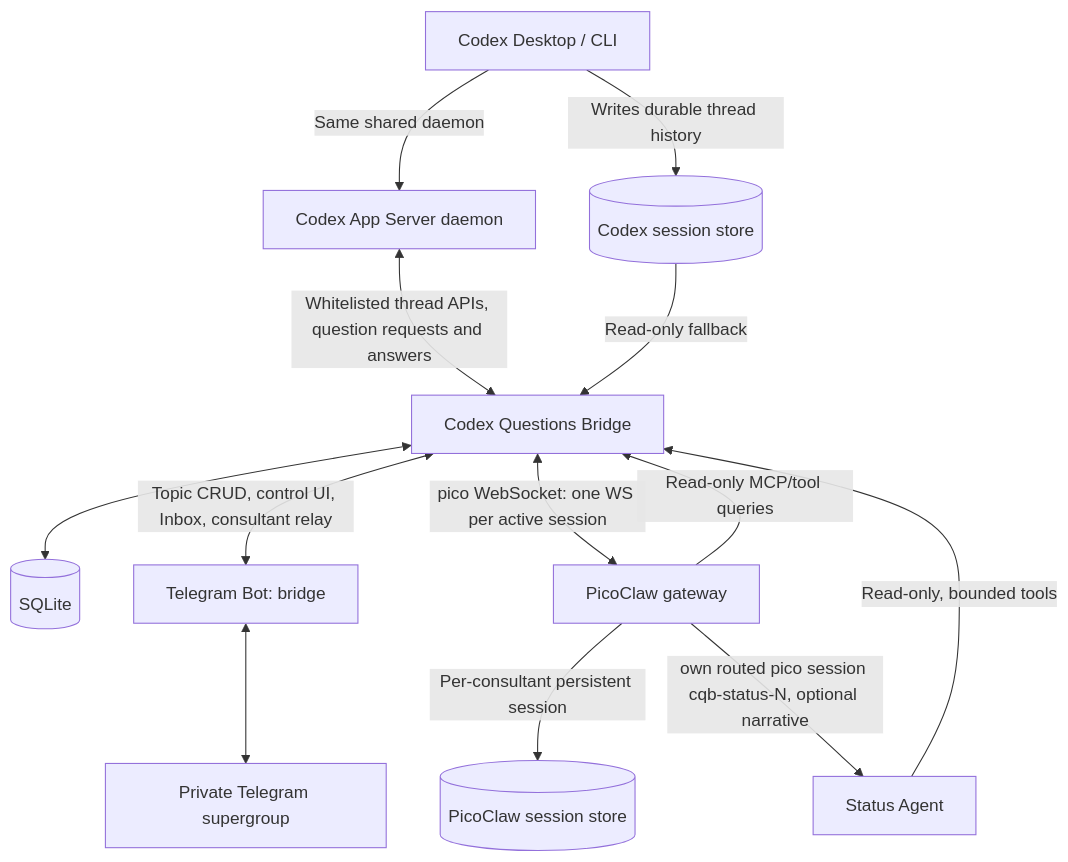
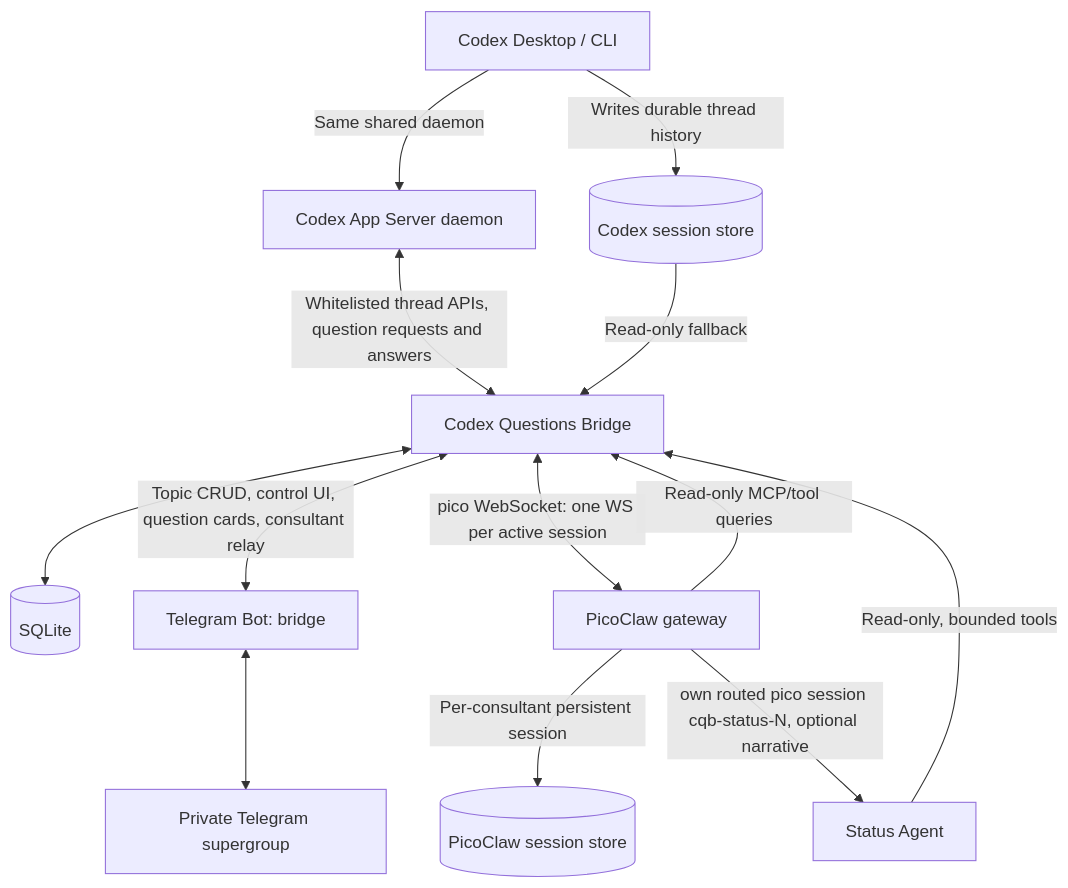
Before and after one commit to todaysday/codex-questions-bridge: the first of 2 diagrams in doc/Codex_Questions_Bridge_Design.md, drawn with Mermaid. The commit also changed other lines of this file and 36 other files, not shown here.

First line of the commit message:
Registry rework: no Inbox, question cards in the consultant topic, one self-updating message

````diff
--- a/doc/Codex_Questions_Bridge_Design.md
+++ b/doc/Codex_Questions_Bridge_Design.md
@@ -27,15 +27,15 @@
 ```mermaid
 flowchart TD
     CD[Codex Desktop / CLI] -->|Writes durable thread history| STORE[(Codex session store)]
     CD -->|Same shared daemon| AS[Codex App Server daemon]
     AS <-->|Whitelisted thread APIs, question requests and answers| BR
     STORE -->|Read-only fallback| BR[Codex Questions Bridge]
     BR <--> DB[(SQLite)]
-    BR <-->|Topic CRUD, control UI, Inbox, consultant relay| TB[Telegram Bot: bridge]
+    BR <-->|Topic CRUD, control UI, question cards, consultant relay| TB[Telegram Bot: bridge]
     TB <--> TG[Private Telegram supergroup]
     BR <-->|pico WebSocket: one WS per active session| PC[PicoClaw gateway]
     PC -->|Per-consultant persistent session| PS[(PicoClaw session store)]
     PC -->|Read-only MCP/tool queries| BR
     PC -->|own routed pico session cqb-status-N, optional narrative| SA[Status Agent]
     SA -->|Read-only, bounded tools| BR
 ```
````
